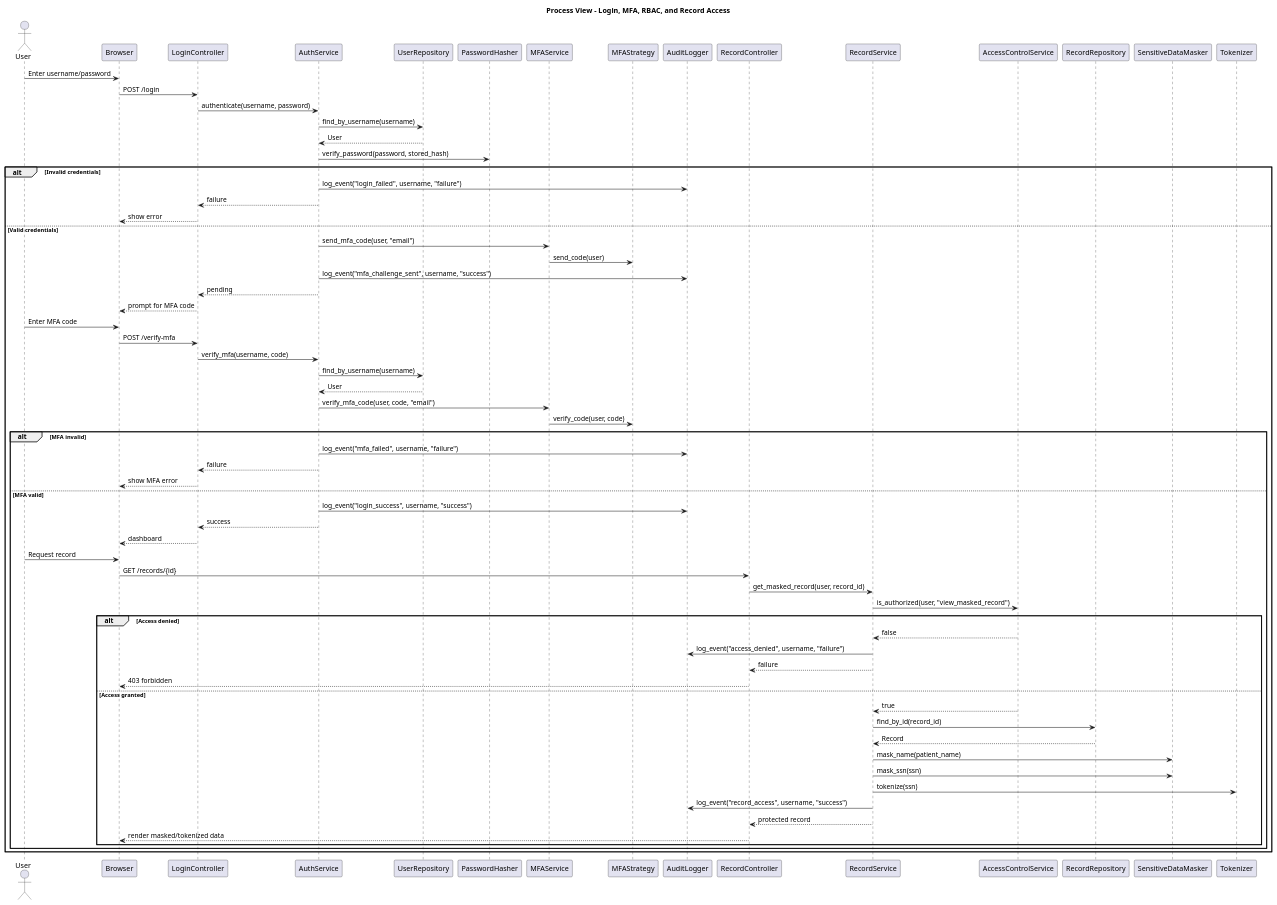
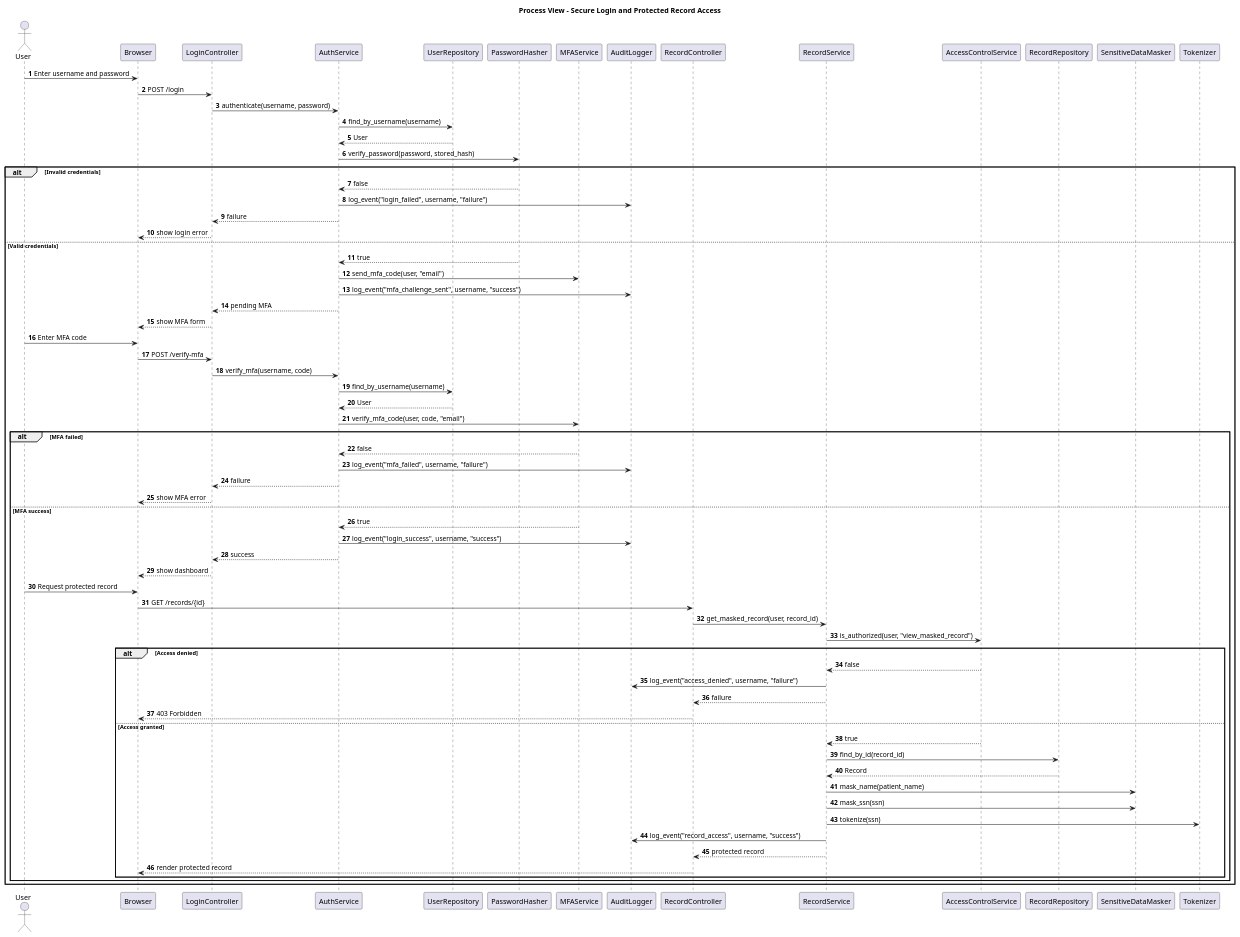
Before and after one commit to jgriffin12/CSCI375_final_project: the diagram in Docs/Uml/03_process_sequence_view.puml, drawn with PlantUML. The commit also changed 4 other files, not shown here.

Commit message:
uml files

```diff
--- a/Docs/Uml/03_process_sequence_view.puml
+++ b/Docs/Uml/03_process_sequence_view.puml
@@ -1,80 +1,82 @@
 @startuml
 skinparam shadowing false
+autonumber
 
-title Process View - Login, MFA, RBAC, and Record Access
+title Process View - Secure Login and Protected Record Access
 
 actor User
 participant Browser
 participant LoginController
 participant AuthService
 participant UserRepository
 participant PasswordHasher
 participant MFAService
-participant MFAStrategy
 participant AuditLogger
 participant RecordController
 participant RecordService
 participant AccessControlService
 participant RecordRepository
 participant SensitiveDataMasker
 participant Tokenizer
 
-User -> Browser : Enter username/password
+User -> Browser : Enter username and password
 Browser -> LoginController : POST /login
 LoginController -> AuthService : authenticate(username, password)
 AuthService -> UserRepository : find_by_username(username)
 UserRepository --> AuthService : User
 AuthService -> PasswordHasher : verify_password(password, stored_hash)
 
 alt Invalid credentials
+  PasswordHasher --> AuthService : false
   AuthService -> AuditLogger : log_event("login_failed", username, "failure")
   AuthService --> LoginController : failure
-  LoginController --> Browser : show error
+  LoginController --> Browser : show login error
 else Valid credentials
+  PasswordHasher --> AuthService : true
   AuthService -> MFAService : send_mfa_code(user, "email")
-  MFAService -> MFAStrategy : send_code(user)
   AuthService -> AuditLogger : log_event("mfa_challenge_sent", username, "success")
-  AuthService --> LoginController : pending
-  LoginController --> Browser : prompt for MFA code
+  AuthService --> LoginController : pending MFA
+  LoginController --> Browser : show MFA form
 
   User -> Browser : Enter MFA code
   Browser -> LoginController : POST /verify-mfa
   LoginController -> AuthService : verify_mfa(username, code)
   AuthService -> UserRepository : find_by_username(username)
   UserRepository --> AuthService : User
   AuthService -> MFAService : verify_mfa_code(user, code, "email")
-  MFAService -> MFAStrategy : verify_code(user, code)
 
-  alt MFA invalid
+  alt MFA failed
+    MFAService --> AuthService : false
     AuthService -> AuditLogger : log_event("mfa_failed", username, "failure")
     AuthService --> LoginController : failure
     LoginController --> Browser : show MFA error
-  else MFA valid
+  else MFA success
+    MFAService --> AuthService : true
     AuthService -> AuditLogger : log_event("login_success", username, "success")
     AuthService --> LoginController : success
-    LoginController --> Browser : dashboard
+    LoginController --> Browser : show dashboard
 
-    User -> Browser : Request record
+    User -> Browser : Request protected record
     Browser -> RecordController : GET /records/{id}
     RecordController -> RecordService : get_masked_record(user, record_id)
     RecordService -> AccessControlService : is_authorized(user, "view_masked_record")
 
     alt Access denied
       AccessControlService --> RecordService : false
       RecordService -> AuditLogger : log_event("access_denied", username, "failure")
       RecordService --> RecordController : failure
-      RecordController --> Browser : 403 forbidden
+      RecordController --> Browser : 403 Forbidden
     else Access granted
       AccessControlService --> RecordService : true
       RecordService -> RecordRepository : find_by_id(record_id)
       RecordRepository --> RecordService : Record
       RecordService -> SensitiveDataMasker : mask_name(patient_name)
       RecordService -> SensitiveDataMasker : mask_ssn(ssn)
       RecordService -> Tokenizer : tokenize(ssn)
       RecordService -> AuditLogger : log_event("record_access", username, "success")
       RecordService --> RecordController : protected record
-      RecordController --> Browser : render masked/tokenized data
+      RecordController --> Browser : render protected record
     end
   end
 end
 @enduml
```
